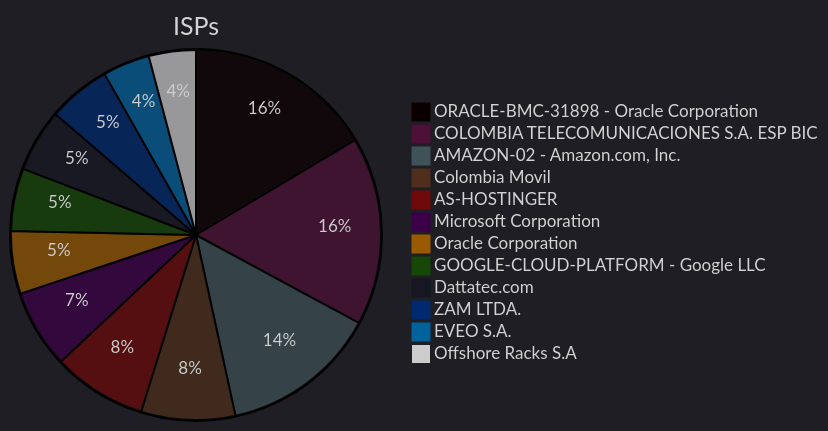
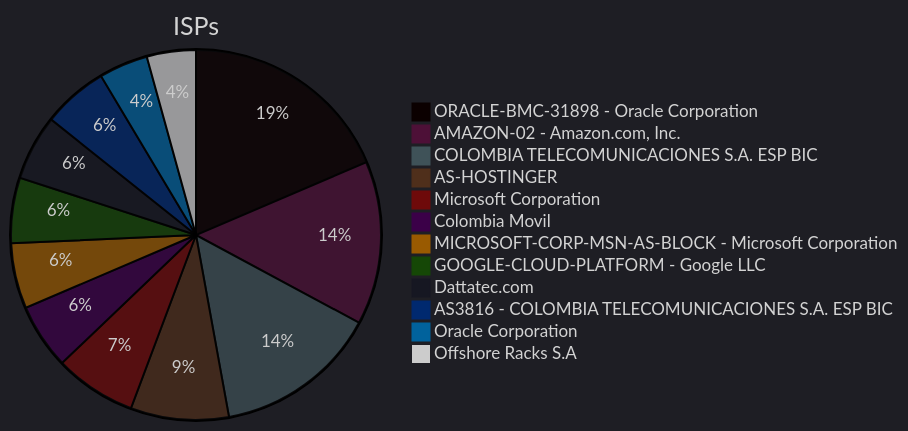
The fourth of 8 diagrams in zolim.md (ZoqueLabs/website), drawn with Mermaid before and after one commit. The commit also changed other lines of this file, not shown here.

````diff
--- a/zolim.md
+++ b/zolim.md
@@ -93,19 +93,19 @@
 ```mermaid
 ---
 config:
   theme: dark
 ---
 pie title ISPs
-  "ORACLE-BMC-31898 - Oracle Corporation" : 12
-  "COLOMBIA TELECOMUNICACIONES S.A. ESP BIC" : 12
+  "ORACLE-BMC-31898 - Oracle Corporation" : 13
   "AMAZON-02 - Amazon.com, Inc." : 10
-  "Colombia Movil" : 6
+  "COLOMBIA TELECOMUNICACIONES S.A. ESP BIC" : 10
   "AS-HOSTINGER" : 6
   "Microsoft Corporation" : 5
-  "Oracle Corporation" : 4
+  "Colombia Movil" : 4
+  "MICROSOFT-CORP-MSN-AS-BLOCK - Microsoft Corporation" : 4
   "GOOGLE-CLOUD-PLATFORM - Google LLC" : 4
   "Dattatec.com" : 4
-  "ZAM LTDA." : 4
-  "EVEO S.A." : 3
+  "AS3816 - COLOMBIA TELECOMUNICACIONES S.A. ESP BIC" : 4
+  "Oracle Corporation" : 3
   "Offshore Racks S.A" : 3
 ```
````
